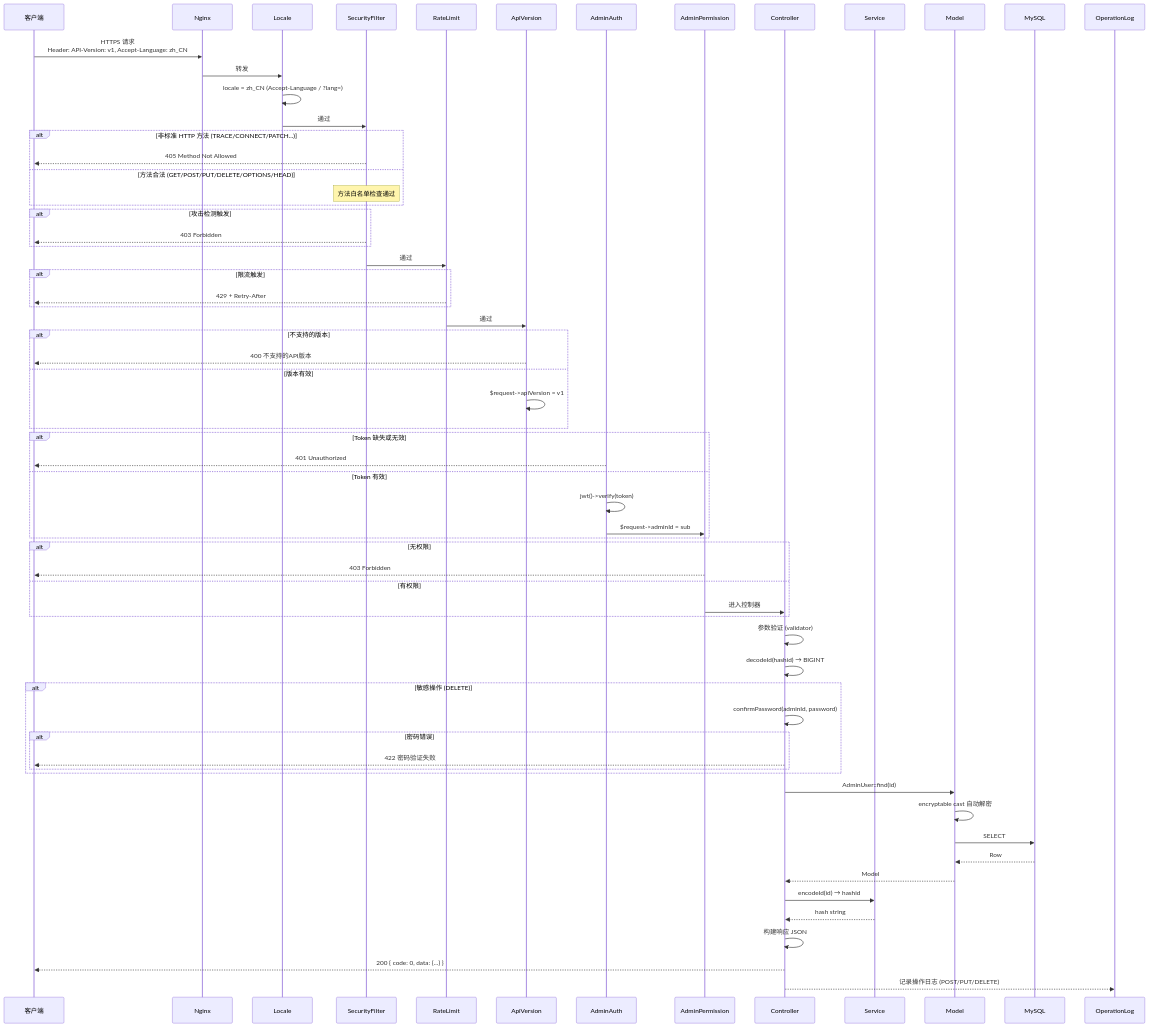
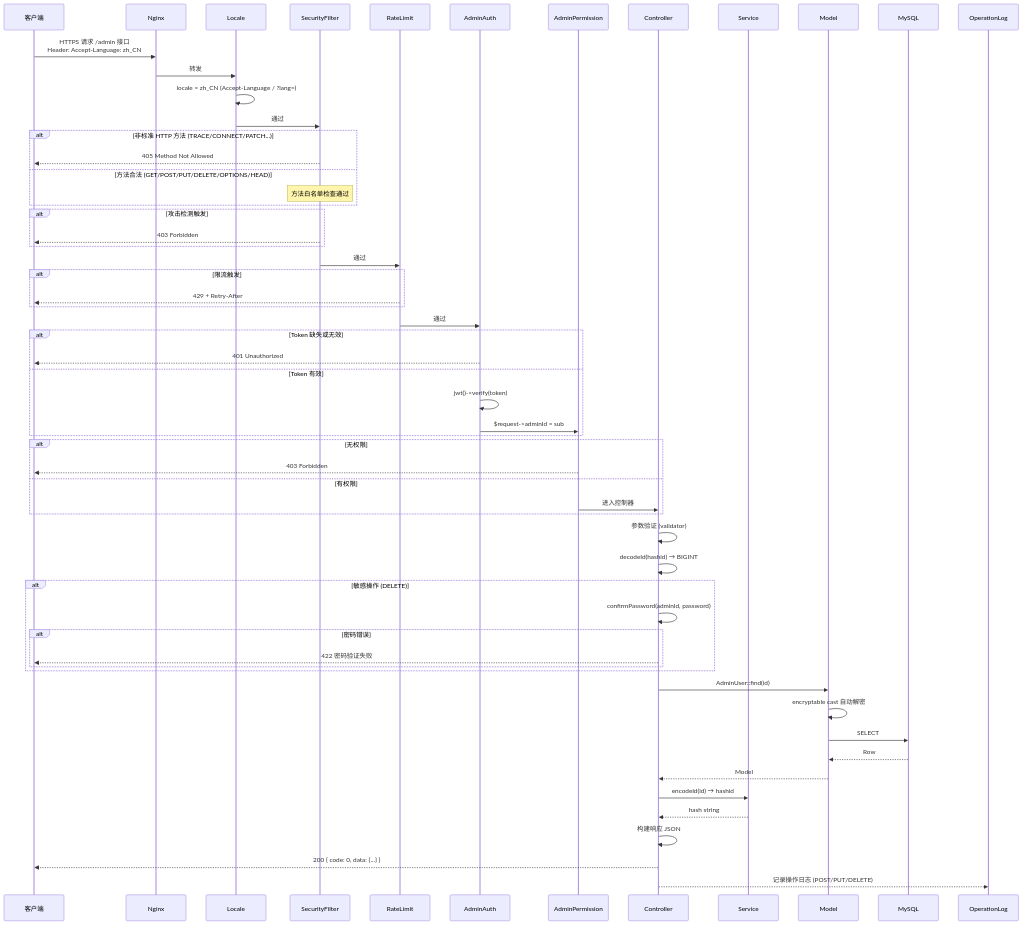
One commit to erikwang2013/open-admin changed the third of 14 diagrams in docs/ARCHITECTURE.md. Above: the diagram before and after it, drawn with Mermaid. The commit also changed other lines of this file and 118 other files, not shown here.

````diff
--- a/docs/ARCHITECTURE.md
+++ b/docs/ARCHITECTURE.md
@@ -145,82 +140,75 @@
 ```mermaid
 sequenceDiagram
     participant C as 客户端
     participant N as Nginx
     participant MW_LOC as Locale
     participant MW_SF as SecurityFilter
     participant MW_RL as RateLimit
-    participant MW0 as ApiVersion
     participant MW1 as AdminAuth
     participant MW2 as AdminPermission
     participant CTL as Controller
     participant SVC as Service
     participant MDL as Model
     participant DB as MySQL
     participant OPLOG as OperationLog
 
-    C->>N: HTTPS 请求<br/>Header: API-Version: v1, Accept-Language: zh_CN
+    C->>N: HTTPS 请求 /admin 接口<br/>Header: Accept-Language: zh_CN
     N->>MW_LOC: 转发
 
     MW_LOC->>MW_LOC: locale = zh_CN (Accept-Language / ?lang=)
     MW_LOC->>MW_SF: 通过
 
     alt 非标准 HTTP 方法 (TRACE/CONNECT/PATCH...)
         MW_SF-->>C: 405 Method Not Allowed
     else 方法合法 (GET/POST/PUT/DELETE/OPTIONS/HEAD)
         Note over MW_SF: 方法白名单检查通过
     end
 
     alt 攻击检测触发
         MW_SF-->>C: 403 Forbidden
     end
 
     MW_SF->>MW_RL: 通过
 
     alt 限流触发
         MW_RL-->>C: 429 + Retry-After
     end
 
-    MW_RL->>MW0: 通过
-
-    alt 不支持的版本
-        MW0-->>C: 400 不支持的API版本
-    else 版本有效
-        MW0->>MW0: $request->apiVersion = v1
-    end
+    MW_RL->>MW1: 通过
 
     alt Token 缺失或无效
         MW1-->>C: 401 Unauthorized
     else Token 有效
         MW1->>MW1: jwt()->verify(token)
         MW1->>MW2: $request->adminId = sub
     end
 
     alt 无权限
         MW2-->>C: 403 Forbidden
     else 有权限
         MW2->>CTL: 进入控制器
     end
 
     CTL->>CTL: 参数验证 (validator)
     CTL->>CTL: decodeId(hashid) → BIGINT
 
     alt 敏感操作 (DELETE)
         CTL->>CTL: confirmPassword(adminId, password)
         alt 密码错误
             CTL-->>C: 422 密码验证失败
         end
     end
 
     CTL->>MDL: AdminUser::find(id)
     MDL->>MDL: encryptable cast 自动解密
     MDL->>DB: SELECT
     DB-->>MDL: Row
     MDL-->>CTL: Model
 
     CTL->>SVC: encodeId(id) → hashid
     SVC-->>CTL: hash string
 
     CTL->>CTL: 构建响应 JSON
     CTL-->>C: 200 { code: 0, data: {...} }
     CTL-->>OPLOG: 记录操作日志 (POST/PUT/DELETE)
 ```
````
